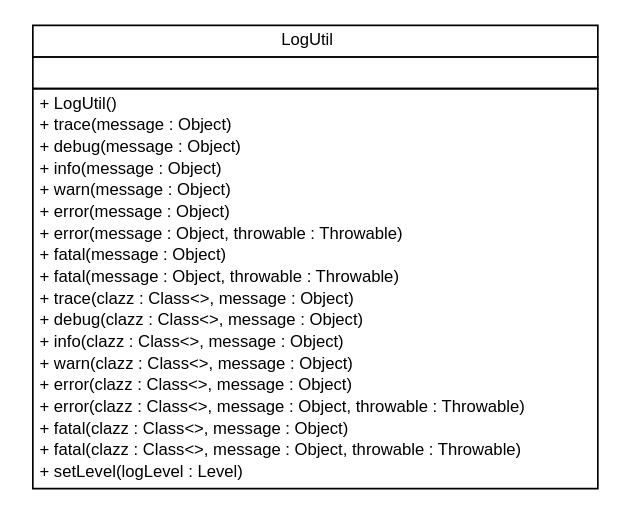
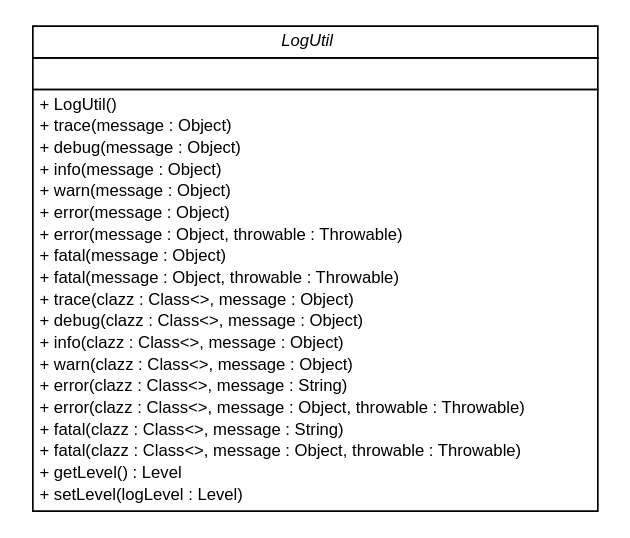
One commit to pcross616/lf-osc-proxy changed the diagram in apidocs/com/xley/lfosc/util/com.xley.lfosc.util.dot. Above: the diagram before and after it, drawn with Graphviz. The commit also changed 292 other files, not shown here.

```diff
--- a/apidocs/com/xley/lfosc/util/com.xley.lfosc.util.dot
+++ b/apidocs/com/xley/lfosc/util/com.xley.lfosc.util.dot
@@ -1,41 +1,42 @@
 #!/usr/local/bin/dot
 #
 # Class diagram 
 # Generated by UMLGraph version R5_6 (http://www.umlgraph.org/)
 #
 
 digraph G {
 	edge [fontname="Helvetica",fontsize=10,labelfontname="Helvetica",labelfontsize=10];
 	node [fontname="Helvetica",fontsize=10,shape=plaintext];
 	nodesep=0.25;
 	ranksep=0.5;
 	// com.xley.lfosc.util.LogUtil
-	c0 [label=<<table title="com.xley.lfosc.util.LogUtil" border="0" cellborder="1" cellspacing="0" cellpadding="2" port="p" href="./LogUtil.html">
+	c21 [label=<<table title="com.xley.lfosc.util.LogUtil" border="0" cellborder="1" cellspacing="0" cellpadding="2" port="p" href="./LogUtil.html">
 		<tr><td><table border="0" cellspacing="0" cellpadding="1">
-<tr><td align="center" balign="center"> LogUtil </td></tr>
+<tr><td align="center" balign="center"><font face="Helvetica-Oblique"> LogUtil </font></td></tr>
 		</table></td></tr>
 		<tr><td><table border="0" cellspacing="0" cellpadding="1">
 <tr><td align="left" balign="left">  </td></tr>
 		</table></td></tr>
 		<tr><td><table border="0" cellspacing="0" cellpadding="1">
 <tr><td align="left" balign="left"> + LogUtil() </td></tr>
 <tr><td align="left" balign="left"> + trace(message : Object) </td></tr>
 <tr><td align="left" balign="left"> + debug(message : Object) </td></tr>
 <tr><td align="left" balign="left"> + info(message : Object) </td></tr>
 <tr><td align="left" balign="left"> + warn(message : Object) </td></tr>
 <tr><td align="left" balign="left"> + error(message : Object) </td></tr>
 <tr><td align="left" balign="left"> + error(message : Object, throwable : Throwable) </td></tr>
 <tr><td align="left" balign="left"> + fatal(message : Object) </td></tr>
 <tr><td align="left" balign="left"> + fatal(message : Object, throwable : Throwable) </td></tr>
 <tr><td align="left" balign="left"> + trace(clazz : Class&lt;&gt;, message : Object) </td></tr>
 <tr><td align="left" balign="left"> + debug(clazz : Class&lt;&gt;, message : Object) </td></tr>
 <tr><td align="left" balign="left"> + info(clazz : Class&lt;&gt;, message : Object) </td></tr>
 <tr><td align="left" balign="left"> + warn(clazz : Class&lt;&gt;, message : Object) </td></tr>
-<tr><td align="left" balign="left"> + error(clazz : Class&lt;&gt;, message : Object) </td></tr>
+<tr><td align="left" balign="left"> + error(clazz : Class&lt;&gt;, message : String) </td></tr>
 <tr><td align="left" balign="left"> + error(clazz : Class&lt;&gt;, message : Object, throwable : Throwable) </td></tr>
-<tr><td align="left" balign="left"> + fatal(clazz : Class&lt;&gt;, message : Object) </td></tr>
+<tr><td align="left" balign="left"> + fatal(clazz : Class&lt;&gt;, message : String) </td></tr>
 <tr><td align="left" balign="left"> + fatal(clazz : Class&lt;&gt;, message : Object, throwable : Throwable) </td></tr>
+<tr><td align="left" balign="left"> + getLevel() : Level </td></tr>
 <tr><td align="left" balign="left"> + setLevel(logLevel : Level) </td></tr>
 		</table></td></tr>
 		</table>>, URL="./LogUtil.html", fontname="Helvetica", fontcolor="black", fontsize=10.0];
 }
```
